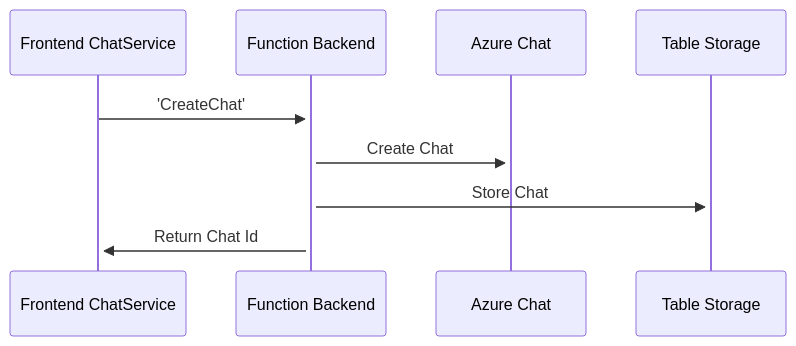
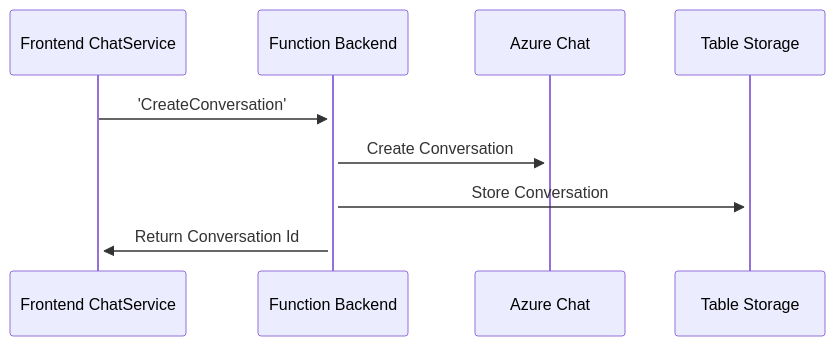
One commit to chadmichel/ChadChatAngular changed the second of 5 diagrams in README.md. Above: the diagram before and after it, drawn with Mermaid. The commit also changed other lines of this file and 5 other files, not shown here.

````diff
--- a/README.md
+++ b/README.md
@@ -93,7 +93,7 @@
 ```mermaid
 sequenceDiagram
-    Frontend ChatService->>+Function Backend: 'CreateChat'
-    Function Backend->>+Azure Chat: Create Chat
-    Function Backend->>+Table Storage: Store Chat
-    Function Backend->>+Frontend ChatService: Return Chat Id
+    Frontend ChatService->>+Function Backend: 'CreateConversation'
+    Function Backend->>+Azure Chat: Create Conversation
+    Function Backend->>+Table Storage: Store Conversation
+    Function Backend->>+Frontend ChatService: Return Conversation Id
 ```
````
